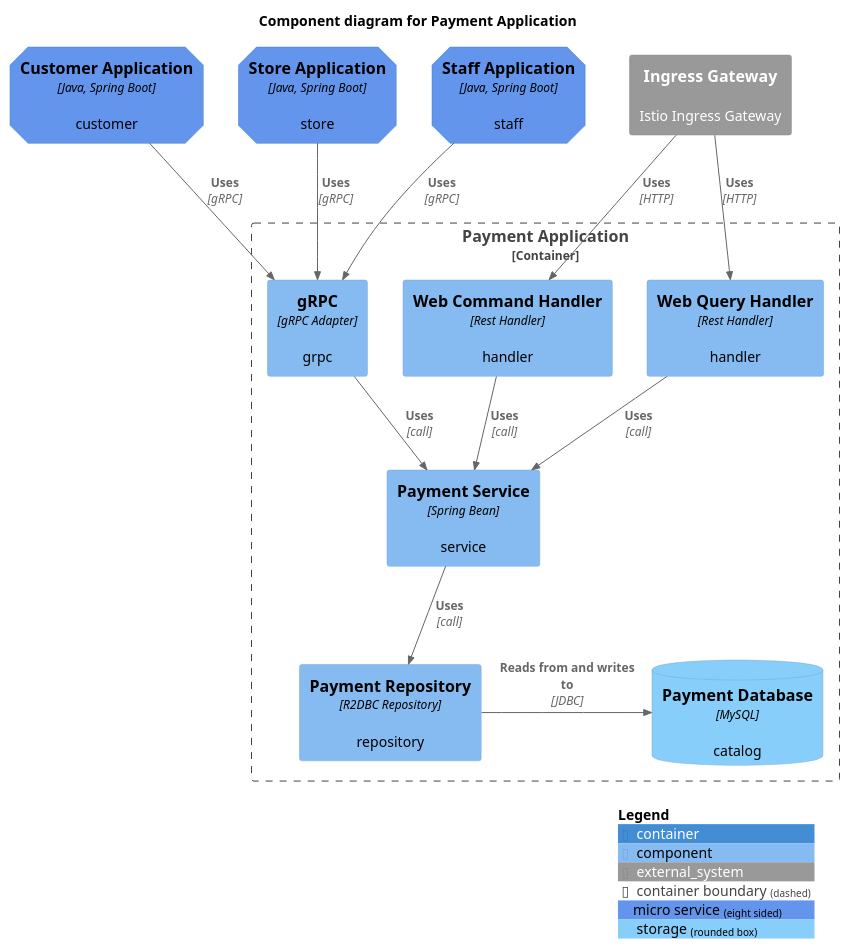
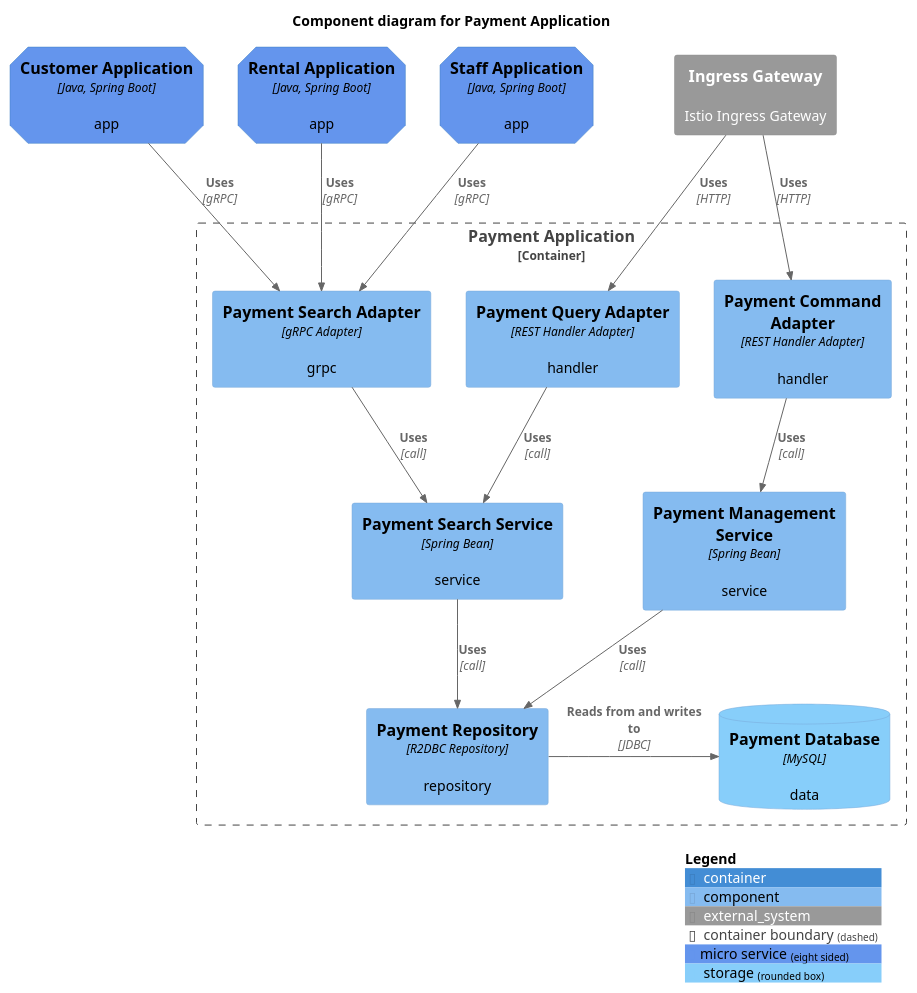
One commit to codejsha/sakila-microservices changed the diagram in diagram/component/payment-application.puml. Above: the diagram before and after it, drawn with PlantUML. The commit also changed 16 other files, not shown here.

Commit message:
update diagrams

```diff
--- a/diagram/component/payment-application.puml
+++ b/diagram/component/payment-application.puml
@@ -1,36 +1,42 @@
-@startuml "location-application"
+@startuml "payment-application"
 !include https://raw.githubusercontent.com/plantuml-stdlib/C4-PlantUML/master/C4_Component.puml
 
 AddElementTag("micro_service", $shape=EightSidedShape(), $bgColor="CornflowerBlue", $fontColor="black", $legendText="micro service\neight sided")
 AddElementTag("storage", $shape=RoundedBoxShape(), $bgColor="lightSkyBlue", $fontColor="black")
 
 title Component diagram for Payment Application
 
-Container(customer_app, "Customer Application", "Java, Spring Boot", "customer", $tags = "micro_service")
-Container(rental_app, "Store Application", "Java, Spring Boot", "store", $tags = "micro_service")
-Container(staff_app, "Staff Application", "Java, Spring Boot", "staff", $tags = "micro_service")
+Container(customer_app, "Customer Application", "Java, Spring Boot", "app", $tags = "micro_service")
+Container(rental_app, "Rental Application", "Java, Spring Boot", "app", $tags = "micro_service")
+Container(staff_app, "Staff Application", "Java, Spring Boot", "app", $tags = "micro_service")
 System_Ext(ingress_gateway, "Ingress Gateway", "Istio Ingress Gateway")
 
 Container_Boundary(payment_app, "Payment Application") {
-    Component(command_handler, "Web Command Handler", "Rest Handler", "handler")
-    Component(query_handler, "Web Query Handler", "Rest Handler", "handler")
-    Component(grpc, "gRPC", "gRPC Adapter", "grpc")
-    Component(payment_service, "Payment Service", "Spring Bean", "service")
+    Component(command_adapter, "Payment Command Adapter", "REST Handler Adapter", "handler")
+    Component(query_adapter, "Payment Query Adapter", "REST Handler Adapter", "handler")
+    Component(payment_search_adapter, "Payment Search Adapter", "gRPC Adapter", "grpc")
+
+    Component(payment_mgmt_service, "Payment Management Service", "Spring Bean", "service")
+    Component(payment_search_service, "Payment Search Service", "Spring Bean", "service")
+
     Component(payment_repository, "Payment Repository", "R2DBC Repository", "repository")
-    ComponentDb(payment_db, "Payment Database", "MySQL", "catalog", $tags = "storage")
+    ComponentDb(payment_db, "Payment Database", "MySQL", "data", $tags = "storage")
 
-    Rel(command_handler, payment_service, "Uses", "call")
-    Rel(query_handler, payment_service, "Uses", "call")
-    Rel(payment_service, payment_repository, "Uses", "call")
-    Rel(grpc, payment_service, "Uses", "call")
+    Rel(command_adapter, payment_mgmt_service, "Uses", "call")
+    Rel(query_adapter, payment_search_service, "Uses", "call")
+    Rel(payment_search_adapter, payment_search_service, "Uses", "call")
+
+    Rel(payment_mgmt_service, payment_repository, "Uses", "call")
+    Rel(payment_search_service, payment_repository, "Uses", "call")
+
     Rel_R(payment_repository, payment_db, "Reads from and writes to", "JDBC")
 }
 
-Rel(customer_app, grpc, "Uses", "gRPC")
-Rel(rental_app, grpc, "Uses", "gRPC")
-Rel(staff_app, grpc, "Uses", "gRPC")
-Rel(ingress_gateway, command_handler, "Uses", "HTTP")
-Rel(ingress_gateway, query_handler, "Uses", "HTTP")
+Rel(customer_app, payment_search_adapter, "Uses", "gRPC")
+Rel(rental_app, payment_search_adapter, "Uses", "gRPC")
+Rel(staff_app, payment_search_adapter, "Uses", "gRPC")
+Rel(ingress_gateway, command_adapter, "Uses", "HTTP")
+Rel(ingress_gateway, query_adapter, "Uses", "HTTP")
 
 SHOW_LEGEND()
 @enduml
```
